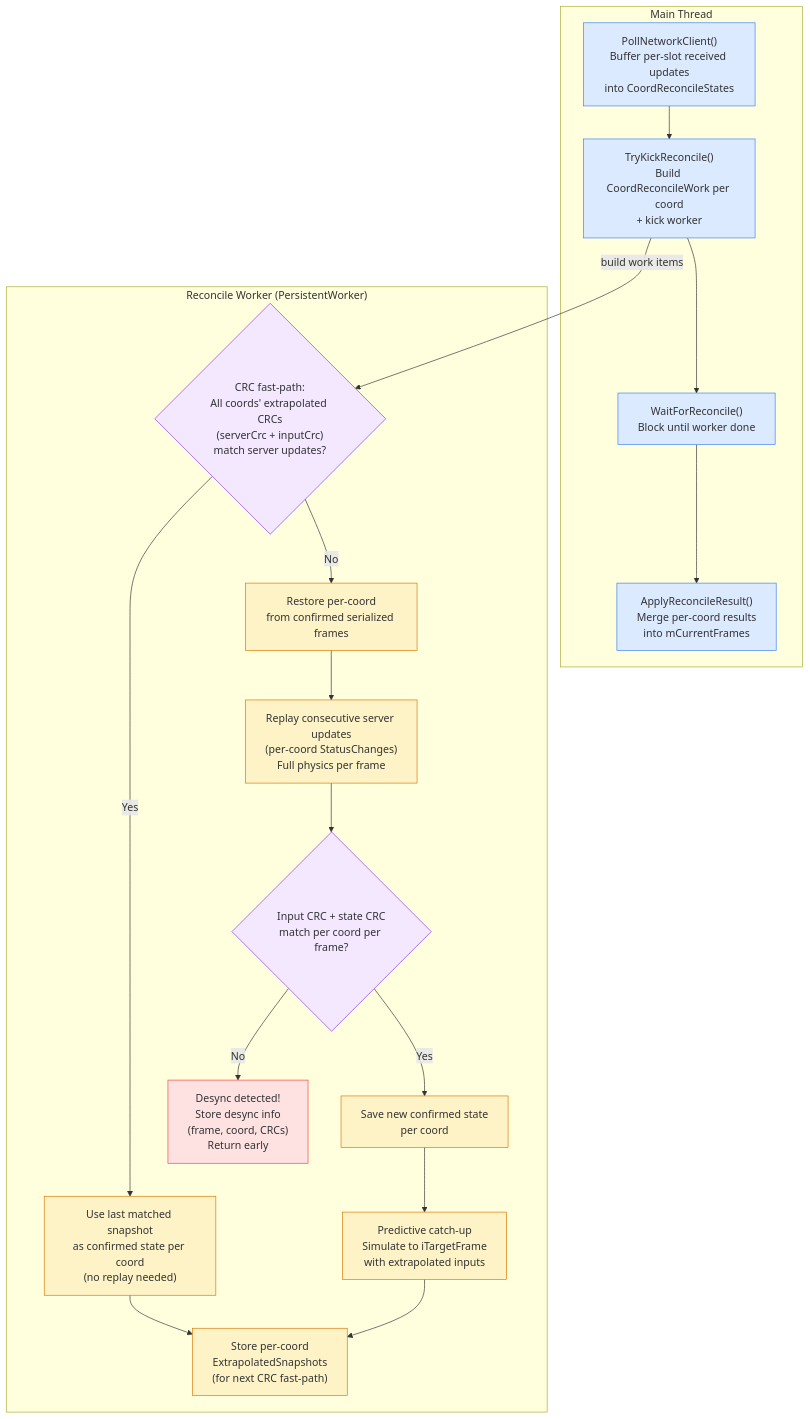
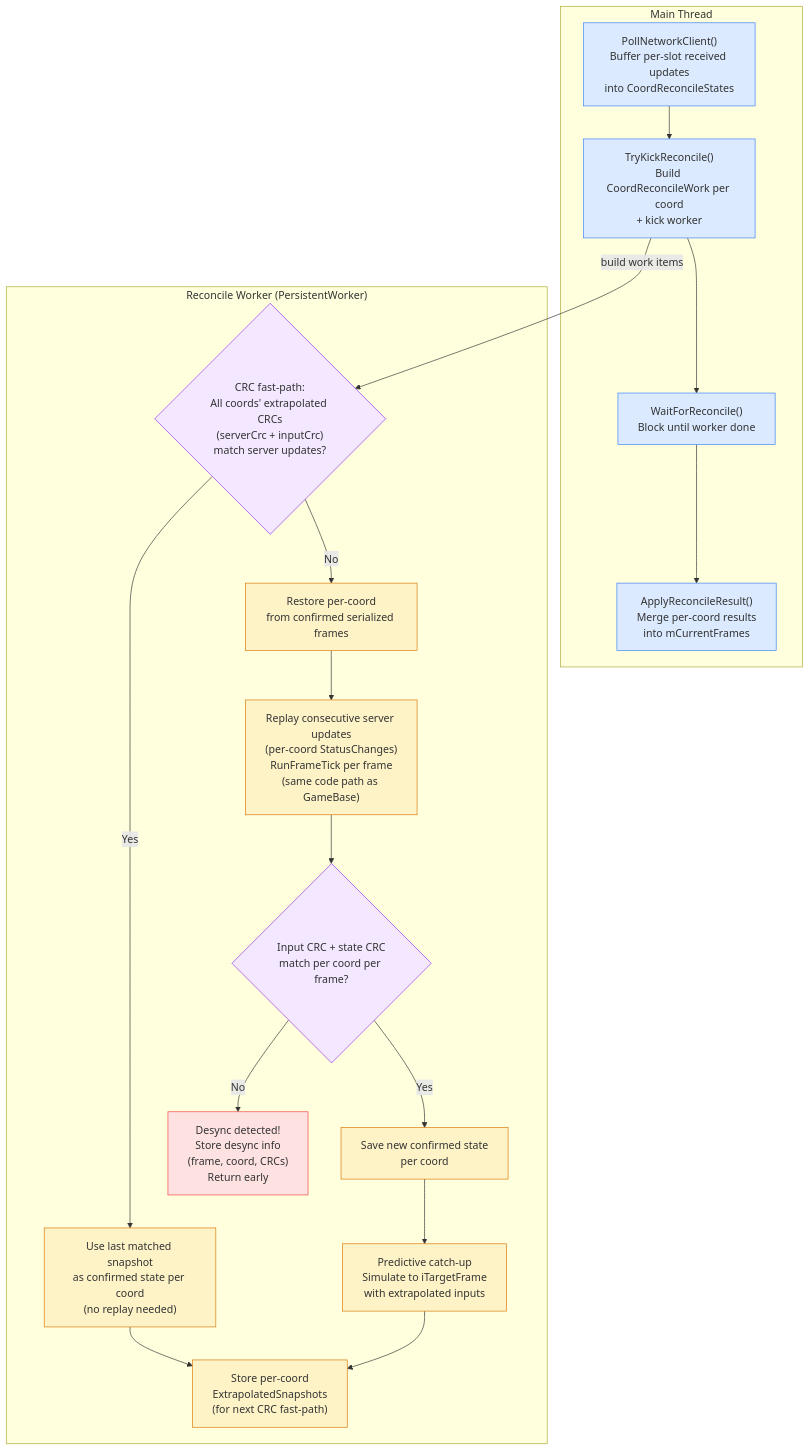
One commit to DougTanner/BrokenEnginePublic changed the sixth of 6 diagrams in Documents/Architecture/Network.md. Above: the diagram before and after it, drawn with Mermaid. The commit also changed other lines of this file and 37 other files, not shown here.

Commit message:
Client/Server use same sorted StatusChanges

````diff
--- a/Documents/Architecture/Network.md
+++ b/Documents/Architecture/Network.md
@@ -184,37 +184,37 @@
 ```mermaid
 %%{init: {'theme': 'default'}}%%
 flowchart TD
     classDef mainThread fill:#dbeafe,stroke:#3b82f6
     classDef worker fill:#fef3c7,stroke:#d97706
     classDef decision fill:#f3e8ff,stroke:#9333ea
     classDef desync fill:#fee2e2,stroke:#ef4444
 
     subgraph main ["Main Thread"]
         poll["PollNetworkClient()<br/>Buffer per-slot received updates<br/>into CoordReconcileStates"]:::mainThread
         kick["TryKickReconcile()<br/>Build CoordReconcileWork per coord<br/>+ kick worker"]:::mainThread
         wait["WaitForReconcile()<br/>Block until worker done"]:::mainThread
         apply["ApplyReconcileResult()<br/>Merge per-coord results<br/>into mCurrentFrames"]:::mainThread
     end
 
     subgraph worker_thread ["Reconcile Worker (PersistentWorker)"]
         check_crc{"CRC fast-path:<br/>All coords' extrapolated CRCs<br/>(serverCrc + inputCrc)<br/>match server updates?"}:::decision
 
         fast["Use last matched snapshot<br/>as confirmed state per coord<br/>(no replay needed)"]:::worker
 
         restore["Restore per-coord<br/>from confirmed serialized frames"]:::worker
-        replay["Replay consecutive server updates<br/>(per-coord StatusChanges)<br/>Full physics per frame"]:::worker
+        replay["Replay consecutive server updates<br/>(per-coord StatusChanges)<br/>RunFrameTick per frame<br/>(same code path as GameBase)"]:::worker
         validate{"Input CRC + state CRC<br/>match per coord per frame?"}:::decision
         save_confirmed["Save new confirmed state<br/>per coord"]:::worker
         catchup["Predictive catch-up<br/>Simulate to iTargetFrame<br/>with extrapolated inputs"]:::worker
         snapshot["Store per-coord<br/>ExtrapolatedSnapshots<br/>(for next CRC fast-path)"]:::worker
 
         desync["Desync detected!<br/>Store desync info<br/>(frame, coord, CRCs)<br/>Return early"]:::desync
     end
 
     poll --> kick --> wait --> apply
     kick -->|build work items| check_crc
     check_crc -->|Yes| fast --> snapshot
     check_crc -->|No| restore --> replay --> validate
     validate -->|Yes| save_confirmed --> catchup --> snapshot
     validate -->|No| desync
 ```
````
